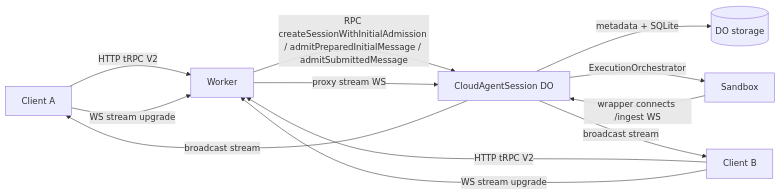
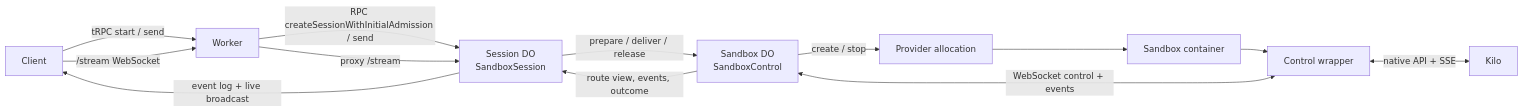
One commit to Kilo-Org/cloud changed the first of 6 diagrams in services/cloud-agent-next/docs/diagrams.md. Above: the diagram before and after it, drawn with Mermaid. The commit also changed other lines of this file and 43 other files, not shown here.

First line of the commit message:
refactor(cloud-agent): unify session plane and remove legacy agent code

````diff
--- a/services/cloud-agent-next/docs/diagrams.md
+++ b/services/cloud-agent-next/docs/diagrams.md
@@ -10,14 +15,15 @@
 ```mermaid
 flowchart LR
-  clientA[Client A] -->|HTTP tRPC V2| worker[Worker]
-  clientB[Client B] -->|HTTP tRPC V2| worker
-  clientA -->|WS stream upgrade| worker
-  clientB -->|WS stream upgrade| worker
-  worker -->|RPC createSessionWithInitialAdmission / admitPreparedInitialMessage / admitSubmittedMessage| do[CloudAgentSession DO]
-  worker -->|proxy stream WS| do
-  do -->|metadata + SQLite| storage[(DO storage)]
-  do -->|ExecutionOrchestrator| sandbox[Sandbox]
-  sandbox -->|wrapper connects /ingest WS| do
-  do -->|broadcast stream| clientA
-  do -->|broadcast stream| clientB
+  client[Client] -->|tRPC start / send| worker[Worker]
+  client -->|/stream WebSocket| worker
+  worker -->|RPC createSessionWithInitialAdmission / send| session[Session DO<br/>SandboxSession]
+  worker -->|proxy /stream| session
+  session -->|prepare / deliver / release| sandbox[Sandbox DO<br/>SandboxControl]
+  sandbox -->|create / stop| provider[Provider allocation]
+  provider --> container[Sandbox container]
+  container --> wrapper[Control wrapper]
+  wrapper <-->|WebSocket control + events| sandbox
+  wrapper <-->|native API + SSE| kilo[Kilo]
+  sandbox -->|route view, events, outcome| session
+  session -->|event log + live broadcast| client
 ```
````
